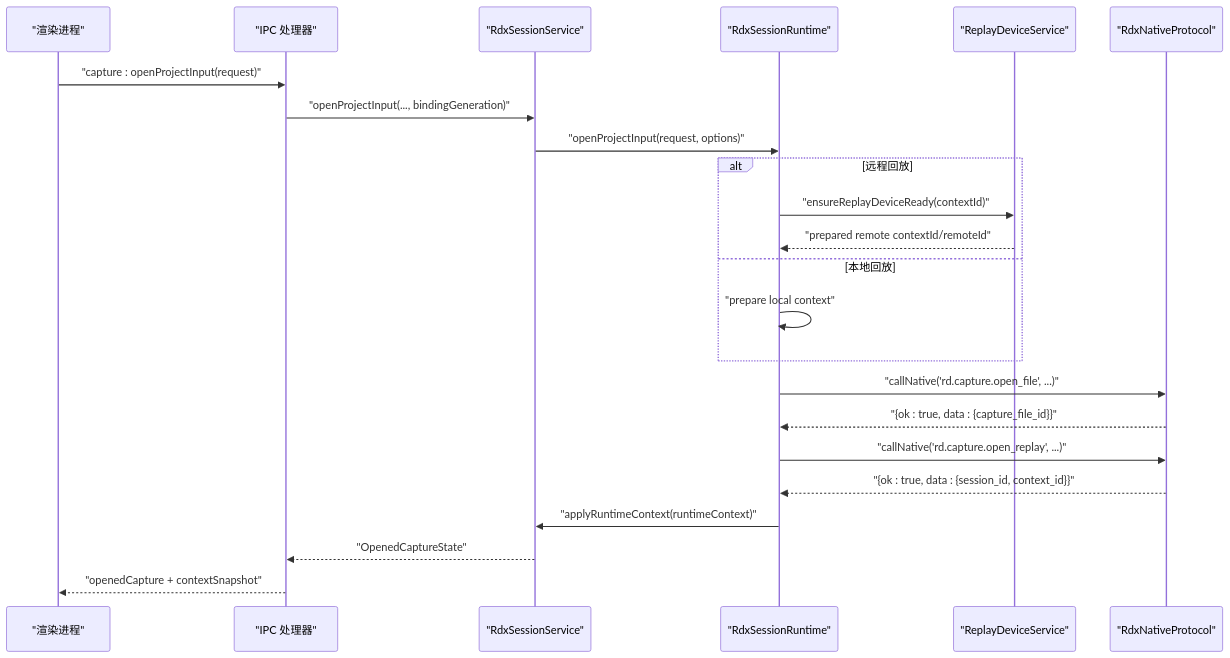
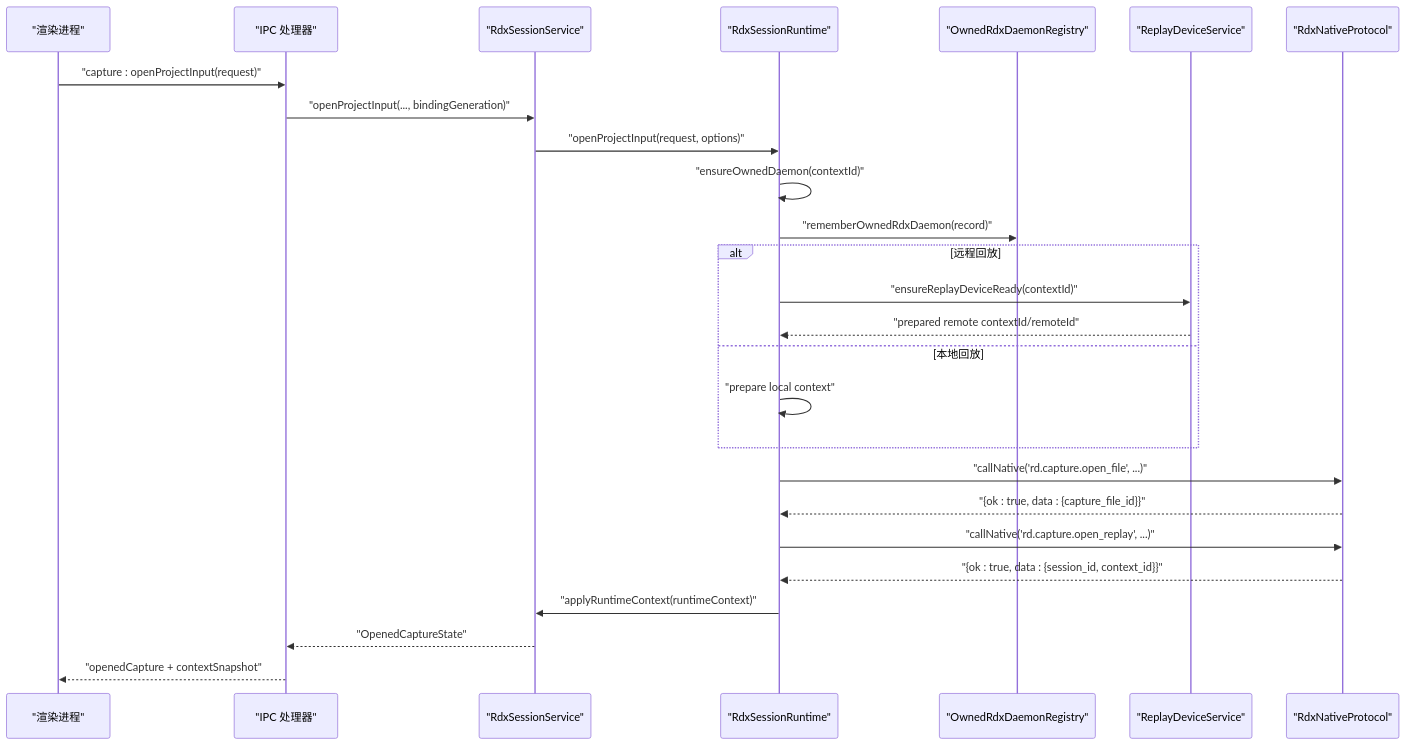
One commit to haolange/RDC-Agent changed the second of 7 diagrams in .qoder/repowiki/zh/content/核心模块/会话管理系统/会话生命周期管理.md. Above: the diagram before and after it, drawn with Mermaid. The commit also changed other lines of this file and 28 other files, not shown here.

````diff
--- a/.qoder/repowiki/zh/content/核心模块/会话管理系统/会话生命周期管理.md
+++ b/.qoder/repowiki/zh/content/核心模块/会话管理系统/会话生命周期管理.md
@@ -84,25 +92,28 @@
 ```mermaid
 sequenceDiagram
 participant UI as "渲染进程"
 participant IPC as "IPC 处理器"
 participant Svc as "RdxSessionService"
 participant Runtime as "RdxSessionRuntime"
+participant DaemonReg as "OwnedRdxDaemonRegistry"
 participant Dev as "ReplayDeviceService"
 participant Native as "RdxNativeProtocol"
 UI->>IPC : "capture : openProjectInput(request)"
 IPC->>Svc : "openProjectInput(..., bindingGeneration)"
 Svc->>Runtime : "openProjectInput(request, options)"
+Runtime->>Runtime : "ensureOwnedDaemon(contextId)"
+Runtime->>DaemonReg : "rememberOwnedRdxDaemon(record)"
 alt 远程回放
 Runtime->>Dev : "ensureReplayDeviceReady(contextId)"
 Dev-->>Runtime : "prepared remote contextId/remoteId"
 else 本地回放
 Runtime->>Runtime : "prepare local context"
 end
 Runtime->>Native : "callNative('rd.capture.open_file', ...)"
 Native-->>Runtime : "{ok : true, data : {capture_file_id}}"
 Runtime->>Native : "callNative('rd.capture.open_replay', ...)"
 Native-->>Runtime : "{ok : true, data : {session_id, context_id}}"
 Runtime->>Svc : "applyRuntimeContext(runtimeContext)"
 Svc-->>IPC : "OpenedCaptureState"
 IPC-->>UI : "openedCapture + contextSnapshot"
 ```
````
